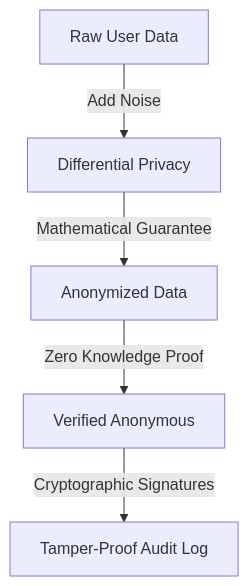
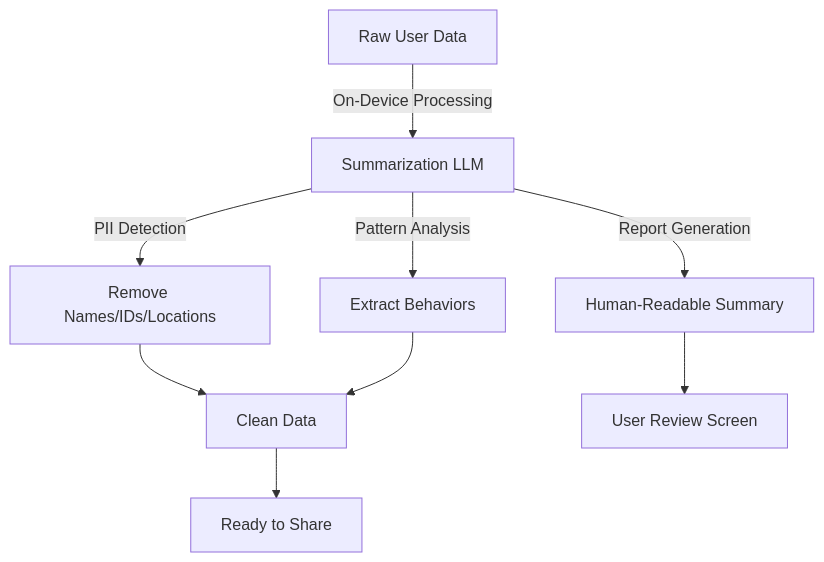
Diagram 13 of 14 in pitch.md (yxl74/AI_PITCH), drawn with Mermaid before and after one commit. The commit also changed other lines of this file, not shown here.

````diff
--- a/pitch.md
+++ b/pitch.md
@@ -356,7 +500,11 @@
 ```mermaid
 graph TD
-    A[Raw User Data] -->|Add Noise| B[Differential Privacy]
-    B -->|Mathematical Guarantee| C[Anonymized Data]
-    C -->|Zero Knowledge Proof| D[Verified Anonymous]
-    D -->|Cryptographic Signatures| E[Tamper-Proof Audit Log]
+    A[Raw User Data] -->|On-Device Processing| B[Summarization LLM]
+    B -->|PII Detection| C[Remove Names/IDs/Locations]
+    B -->|Pattern Analysis| D[Extract Behaviors]
+    B -->|Report Generation| E[Human-Readable Summary]
+    C --> F[Clean Data]
+    D --> F
+    E --> G[User Review Screen]
+    F --> H[Ready to Share]
 ```
````
